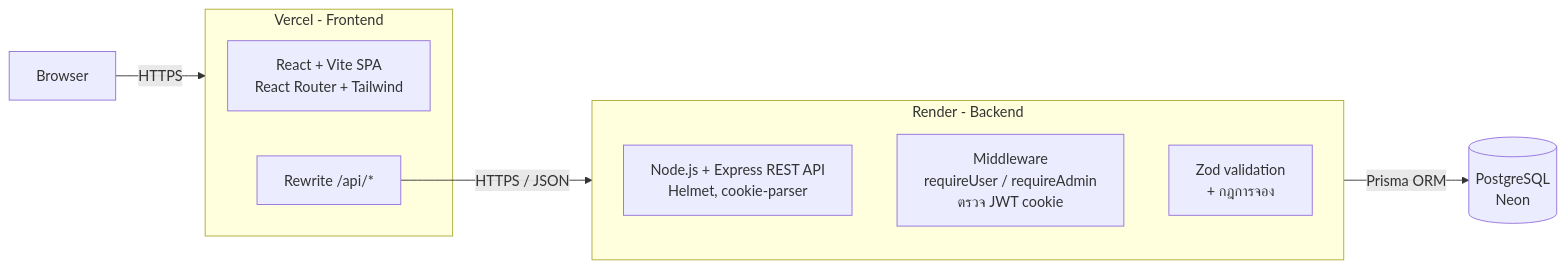
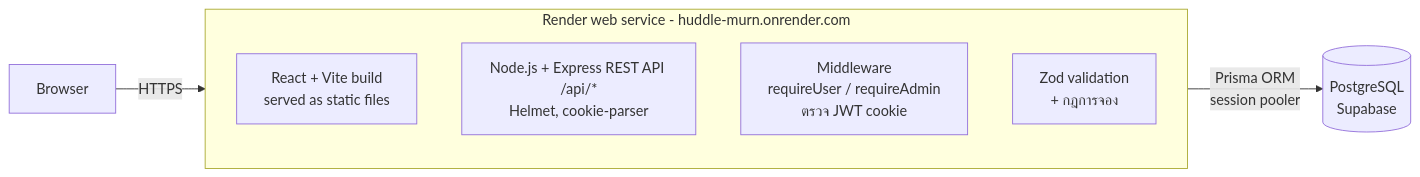
The third of 4 diagrams in docs/SRS.md (Rommie22194/Huddle), drawn with Mermaid before and after one commit. The commit also changed other lines of this file and 4 other files, not shown here.

Commit message:
docs: document Render + Supabase deployment and live URL

````diff
--- a/docs/SRS.md
+++ b/docs/SRS.md
@@ -291,15 +291,11 @@
 ```mermaid
 flowchart LR
-  B[Browser] -- HTTPS --> V
-  subgraph V[Vercel - Frontend]
-    R[React + Vite SPA<br/>React Router + Tailwind]
-    X[Rewrite /api/*]
-  end
-  X -- HTTPS / JSON --> E
-  subgraph E[Render - Backend]
-    A[Node.js + Express REST API<br/>Helmet, cookie-parser]
+  B[Browser] -- HTTPS --> E
+  subgraph E[Render web service - huddle-murn.onrender.com]
+    R[React + Vite build<br/>served as static files]
+    A[Node.js + Express REST API /api/*<br/>Helmet, cookie-parser]
     M[Middleware<br/>requireUser / requireAdmin<br/>ตรวจ JWT cookie]
     Z[Zod validation<br/>+ กฎการจอง]
   end
-  E -- Prisma ORM --> D[(PostgreSQL<br/>Neon)]
+  E -- Prisma ORM<br/>session pooler --> D[(PostgreSQL<br/>Supabase)]
 ```
````
